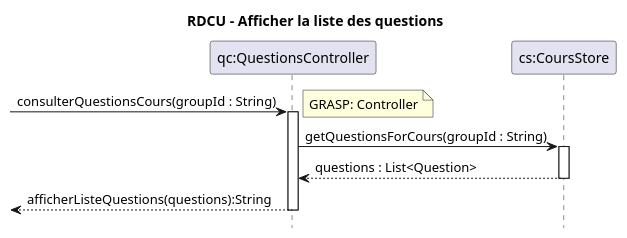
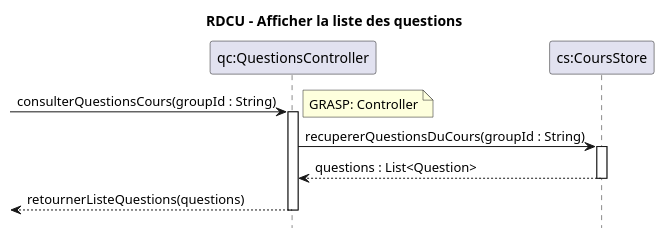
One commit to xMrYahya/moodle-clone changed the diagram in docs/modeles/cu02/rdcu-afficher-liste-question.puml. Above: the diagram before and after it, drawn with PlantUML. The commit also changed 12 other files, not shown here.

```diff
--- a/docs/modeles/cu02/rdcu-afficher-liste-question.puml
+++ b/docs/modeles/cu02/rdcu-afficher-liste-question.puml
@@ -1,21 +1,20 @@
 @startuml
 hide footbox
 title RDCU - Afficher la liste des questions
 
 participant "qc:QuestionsController" as QC
 participant "cs:CoursStore" as CS
 
 -> QC : consulterQuestionsCours(groupId : String)
 note right: GRASP: Controller
 activate QC
 
-QC -> CS : getQuestionsForCours(groupId : String)
+QC -> CS : recupererQuestionsDuCours(groupId : String)
 activate CS
-'???'
 CS --> QC : questions : List<Question>
 deactivate CS
 
-<-- QC : afficherListeQuestions(questions):String
+<-- QC : retournerListeQuestions(questions)
 deactivate QC
 
 @enduml
```
